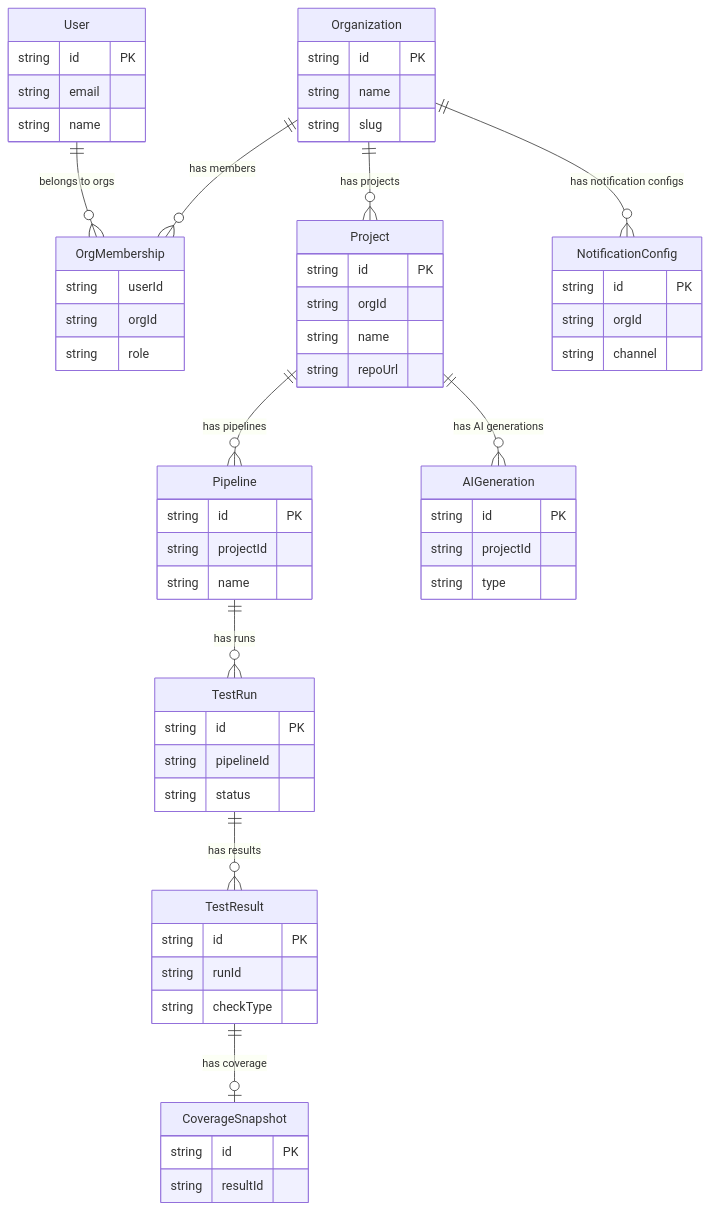
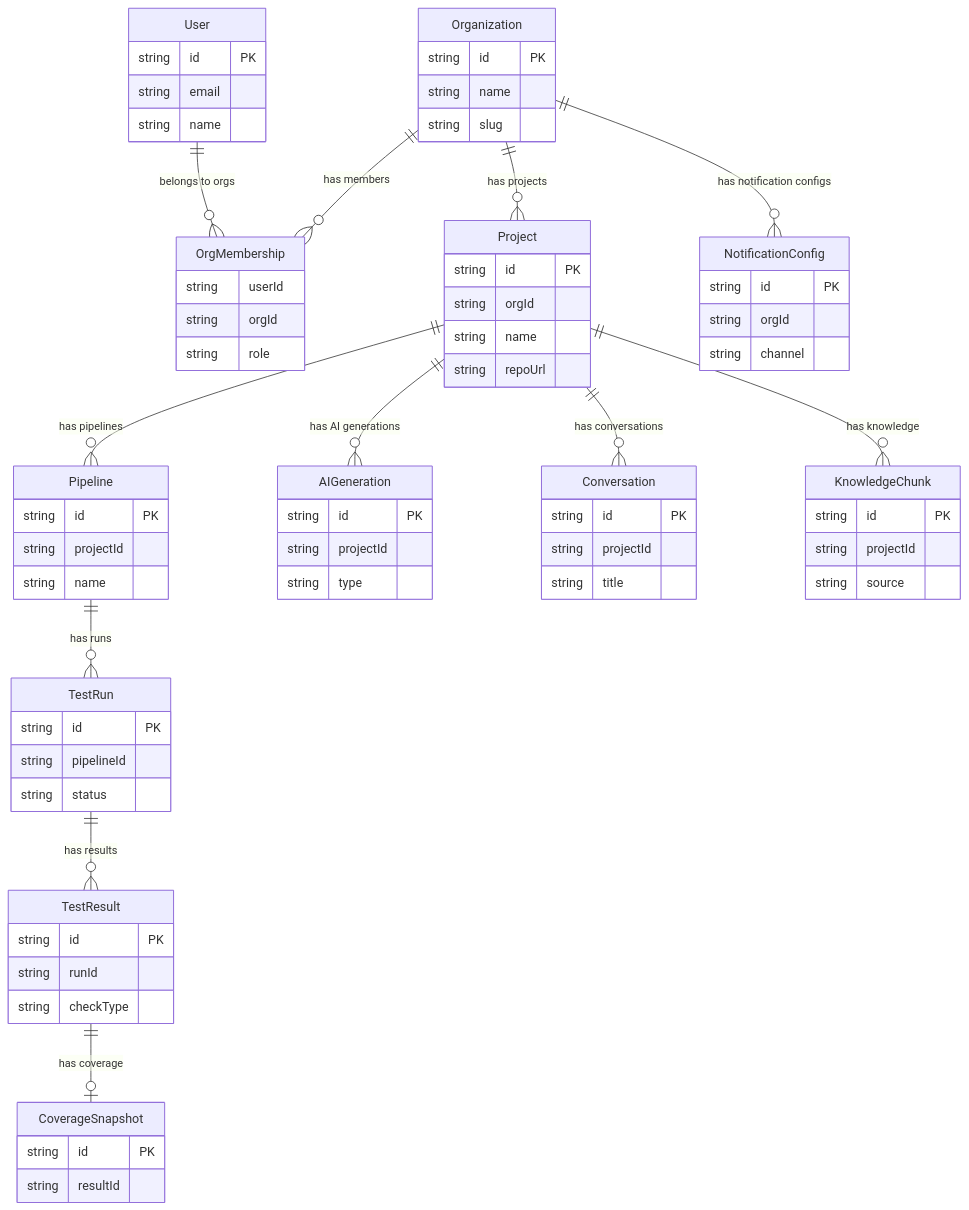
The eighth of 8 diagrams in docs/en/database.md (micode-ai/testing-ai-assistant), drawn with Mermaid before and after one commit. The commit also changed other lines of this file and 43 other files, not shown here.

```diff
--- a/docs/en/database.md
+++ b/docs/en/database.md
@@ -312,6 +344,18 @@
         string type
     }
 
+    Conversation {
+        string id PK
+        string projectId
+        string title
+    }
+
+    KnowledgeChunk {
+        string id PK
+        string projectId
+        string source
+    }
+
     NotificationConfig {
         string id PK
         string orgId
@@ -324,6 +368,8 @@
     Organization ||--o{ NotificationConfig : "has notification configs"
     Project ||--o{ Pipeline : "has pipelines"
     Project ||--o{ AIGeneration : "has AI generations"
+    Project ||--o{ Conversation : "has conversations"
+    Project ||--o{ KnowledgeChunk : "has knowledge"
     Pipeline ||--o{ TestRun : "has runs"
     TestRun ||--o{ TestResult : "has results"
     TestResult ||--o| CoverageSnapshot : "has coverage"
```
